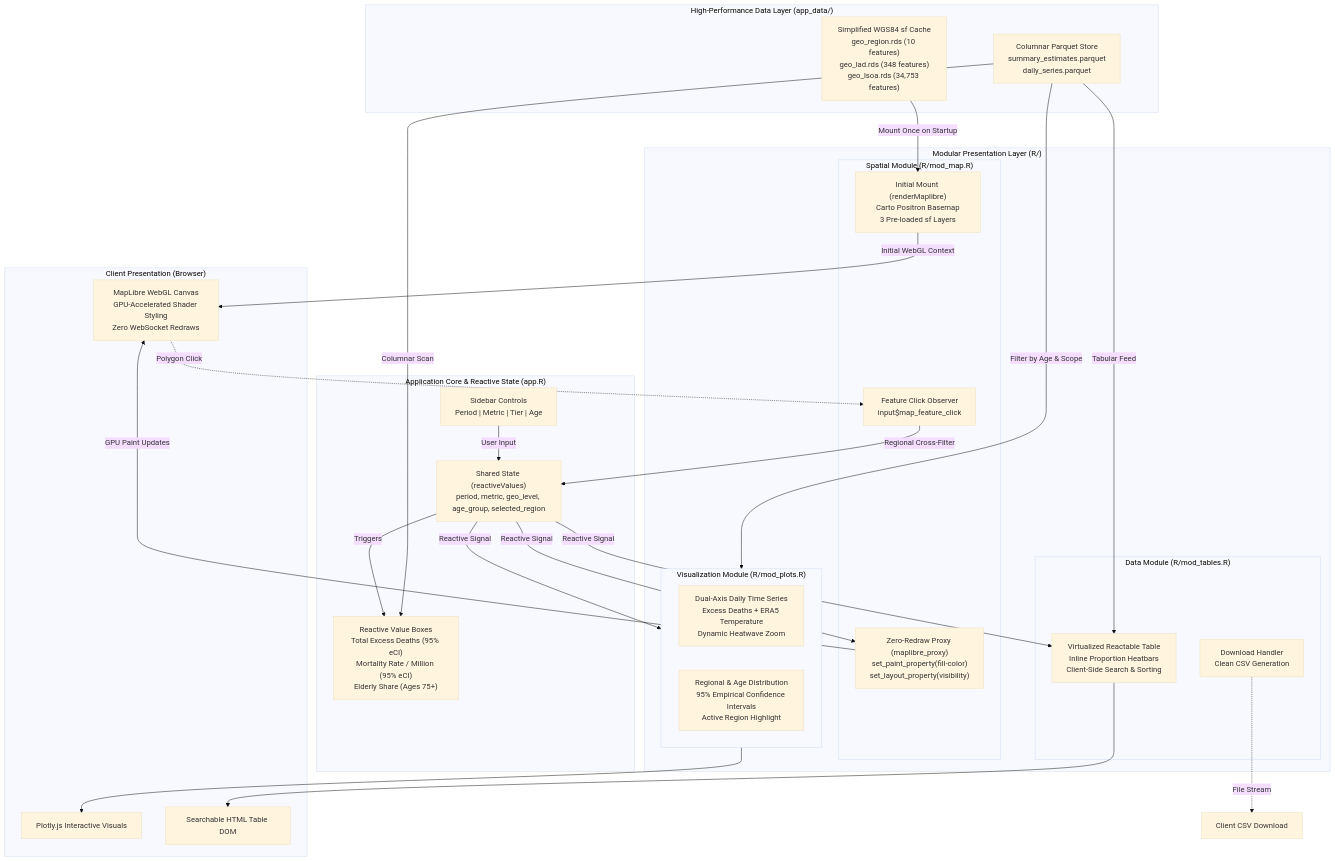
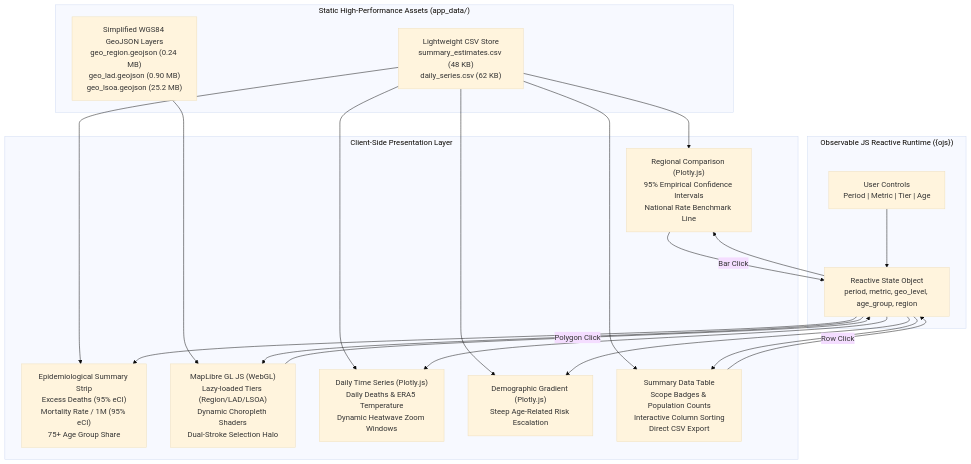
The diagram in README.md (chenhq66/UK-HW2026-app), drawn with Mermaid (base theme) before and after one commit. The commit also changed other lines of this file and 15 other files, not shown here.

````diff
--- a/README.md
+++ b/README.md
@@ -26,59 +26,39 @@
 ```mermaid
 flowchart TD
-    subgraph DataStore["High-Performance Data Layer (app_data/)"]
-        ParquetData["Columnar Parquet Store<br/>summary_estimates.parquet<br/>daily_series.parquet"]
-        SpatialData["Simplified WGS84 sf Cache<br/>geo_region.rds (10 features)<br/>geo_lad.rds (348 features)<br/>geo_lsoa.rds (34,753 features)"]
+    subgraph DataStore["Static High-Performance Assets (app_data/)"]
+        CSVData["Lightweight CSV Store<br/>summary_estimates.csv (48 KB)<br/>daily_series.csv (62 KB)"]
+        SpatialData["Simplified WGS84 GeoJSON Layers<br/>geo_region.geojson (0.24 MB)<br/>geo_lad.geojson (0.90 MB)<br/>geo_lsoa.geojson (25.2 MB)"]
     end
 
-    subgraph StateEngine["Application Core & Reactive State (app.R)"]
-        SidebarInputs["Sidebar Controls<br/>Period | Metric | Tier | Age"]
-        GlobalState["Shared State (reactiveValues)<br/>period, metric, geo_level, age_group, selected_region"]
-        KPICards["Reactive Value Boxes<br/>Total Excess Deaths (95% eCI)<br/>Mortality Rate / Million (95% eCI)<br/>Elderly Share (Ages 75+)"]
-        SidebarInputs -->|User Input| GlobalState
-        GlobalState -->|Triggers| KPICards
+    subgraph OJSState["Observable JS Reactive Runtime ({ojs})"]
+        Inputs["User Controls<br/>Period | Metric | Tier | Age"]
+        State["Reactive State Object<br/>period, metric, geo_level, age_group, region"]
+        Inputs --> State
     end
 
-    subgraph Modules["Modular Presentation Layer (R/)"]
-        subgraph MapModule["Spatial Module (R/mod_map.R)"]
-            MapInit["Initial Mount (renderMaplibre)<br/>Carto Positron Basemap<br/>3 Pre-loaded sf Layers"]
-            MapProxy["Zero-Redraw Proxy (maplibre_proxy)<br/>set_paint_property(fill-color)<br/>set_layout_property(visibility)"]
-            MapClick["Feature Click Observer<br/>input$map_feature_click"]
-        end
-
-        subgraph PlotModule["Visualization Module (R/mod_plots.R)"]
-            TSPlot["Dual-Axis Daily Time Series<br/>Excess Deaths + ERA5 Temperature<br/>Dynamic Heatwave Zoom"]
-            RankPlot["Regional & Age Distribution<br/>95% Empirical Confidence Intervals<br/>Active Region Highlight"]
-        end
-
-        subgraph TableModule["Data Module (R/mod_tables.R)"]
-            ReactTable["Virtualized Reactable Table<br/>Inline Proportion Heatbars<br/>Client-Side Search & Sorting"]
-            CSVExport["Download Handler<br/>Clean CSV Generation"]
-        end
+    subgraph Components["Client-Side Presentation Layer"]
+        KPICards["Epidemiological Summary Strip<br/>Excess Deaths (95% eCI)<br/>Mortality Rate / 1M (95% eCI)<br/>75+ Age Group Share"]
+        Map["MapLibre GL JS (WebGL)<br/>Lazy-loaded Tiers (Region/LAD/LSOA)<br/>Dynamic Choropleth Shaders<br/>Dual-Stroke Selection Halo"]
+        TSPlot["Daily Time Series (Plotly.js)<br/>Daily Deaths & ERA5 Temperature<br/>Dynamic Heatwave Zoom Windows"]
+        RankPlot["Regional Comparison (Plotly.js)<br/>95% Empirical Confidence Intervals<br/>National Rate Benchmark Line"]
+        AgePlot["Demographic Gradient (Plotly.js)<br/>Steep Age-Related Risk Escalation"]
+        Table["Summary Data Table<br/>Scope Badges & Population Counts<br/>Interactive Column Sorting<br/>Direct CSV Export"]
     end
 
-    subgraph ClientDOM["Client Presentation (Browser)"]
-        WebGLCanvas["MapLibre WebGL Canvas<br/>GPU-Accelerated Shader Styling<br/>Zero WebSocket Redraws"]
-        PlotlyDOM["Plotly.js Interactive Visuals"]
-        TableDOM["Searchable HTML Table DOM"]
-    end
+    CSVData --> KPICards
+    CSVData --> TSPlot
+    CSVData --> RankPlot
+    CSVData --> AgePlot
+    CSVData --> Table
+    SpatialData --> Map
 
-    %% Data Pipeline
-    ParquetData -->|Columnar Scan| KPICards
-    ParquetData -->|Filter by Age & Scope| PlotModule
-    ParquetData -->|Tabular Feed| ReactTable
-    SpatialData -->|Mount Once on Startup| MapInit
-
-    %% State Synchronization
-    GlobalState -->|Reactive Signal| MapProxy
-    GlobalState -->|Reactive Signal| PlotModule
-    GlobalState -->|Reactive Signal| ReactTable
-    MapClick -->|Regional Cross-Filter| GlobalState
-
-    %% Client Rendering
-    MapProxy -->|GPU Paint Updates| WebGLCanvas
-    MapInit -->|Initial WebGL Context| WebGLCanvas
-    WebGLCanvas -.->|Polygon Click| MapClick
-    PlotModule --> PlotlyDOM
-    ReactTable --> TableDOM
-    CSVExport -.->|File Stream| BrowserDownload["Client CSV Download"]
+    State --> KPICards
+    State --> Map
+    State --> TSPlot
+    State --> RankPlot
+    State --> AgePlot
+    State --> Table
+    Map -- "Polygon Click" --> State
+    RankPlot -- "Bar Click" --> State
+    Table -- "Row Click" --> State
 ```
````
